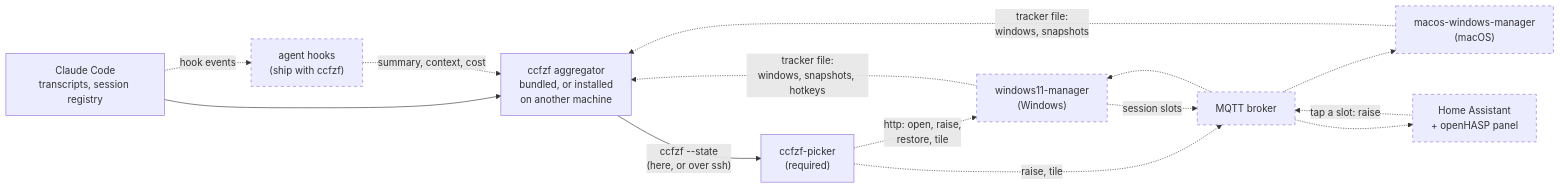
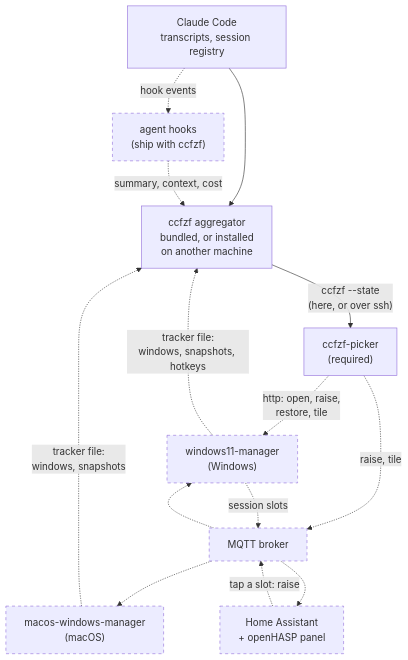
Before and after one commit to popstas/ccfzf-picker: the diagram in README.md, drawn with Mermaid. The commit also changed 1 other file, not shown here.

Commit message:
docs(stack): диаграмма сверху вниз — в ширину выходила мелкой

````diff
--- a/README.md
+++ b/README.md
@@ -53,28 +53,28 @@
 ```mermaid
-flowchart LR
+flowchart TB
   claude["Claude Code<br/>transcripts, session registry"]
   hooks["agent hooks<br/>(ship with ccfzf)"]
   ccfzf["ccfzf aggregator<br/>bundled, or installed<br/>on another machine"]
   picker["ccfzf-picker<br/>(required)"]
   w11["windows11-manager<br/>(Windows)"]
   mwm["macos-windows-manager<br/>(macOS)"]
   broker["MQTT broker"]
   ha["Home Assistant<br/>+ openHASP panel"]
 
   claude --> ccfzf
   ccfzf -- "ccfzf --state<br/>(here, or over ssh)" --> picker
   claude -. "hook events" .-> hooks
   hooks -. "summary, context, cost" .-> ccfzf
   w11 -. "tracker file:<br/>windows, snapshots, hotkeys" .-> ccfzf
   mwm -. "tracker file:<br/>windows, snapshots" .-> ccfzf
   picker -. "http: open, raise,<br/>restore, tile" .-> w11
   picker -. "raise, tile" .-> broker
   broker -.-> mwm
   broker -.-> w11
   w11 -. "session slots" .-> broker
   broker -.-> ha
   ha -. "tap a slot: raise" .-> broker
 
   classDef optional stroke-dasharray: 5 5
   class hooks,w11,mwm,broker,ha optional
 ```
````
